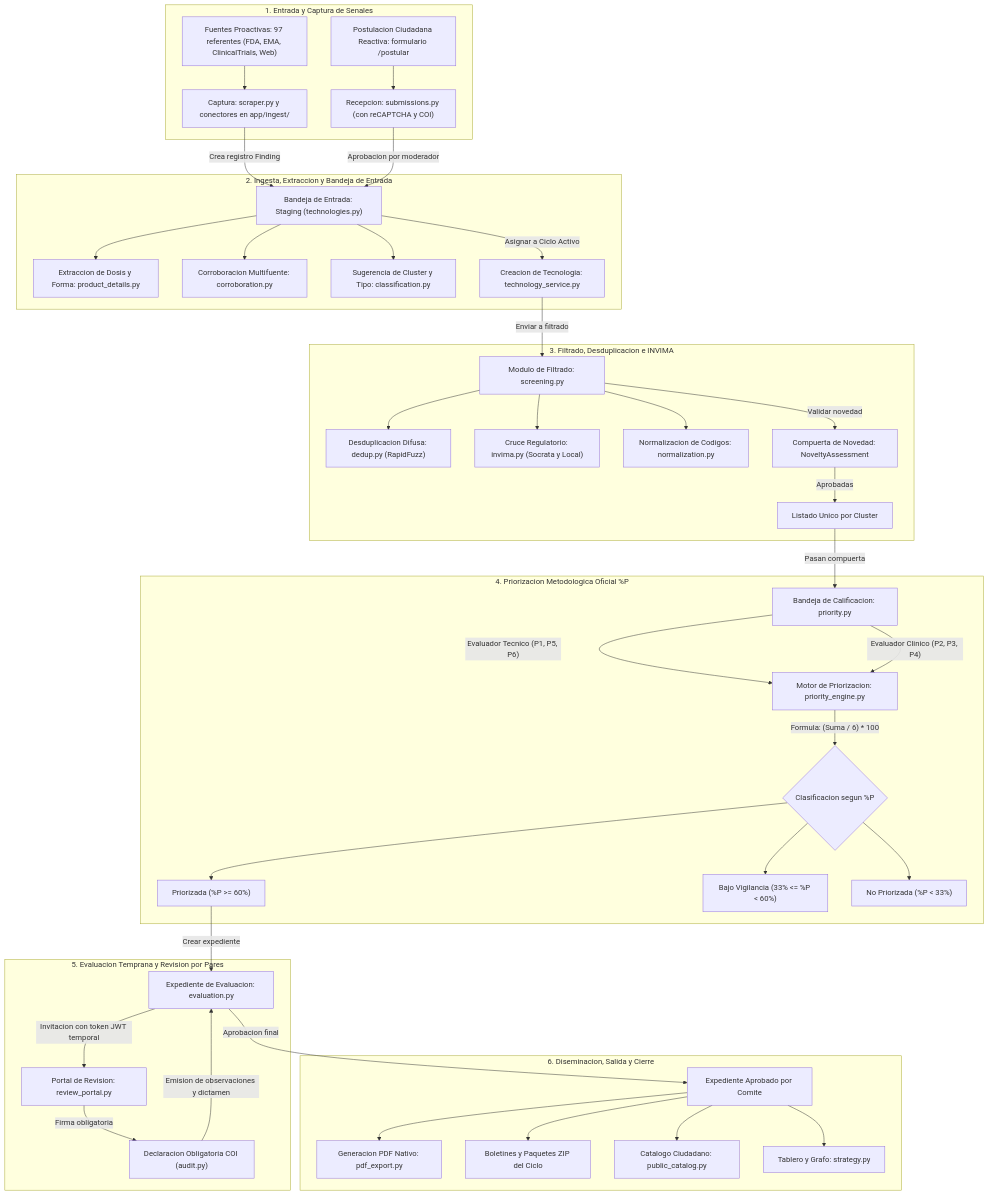
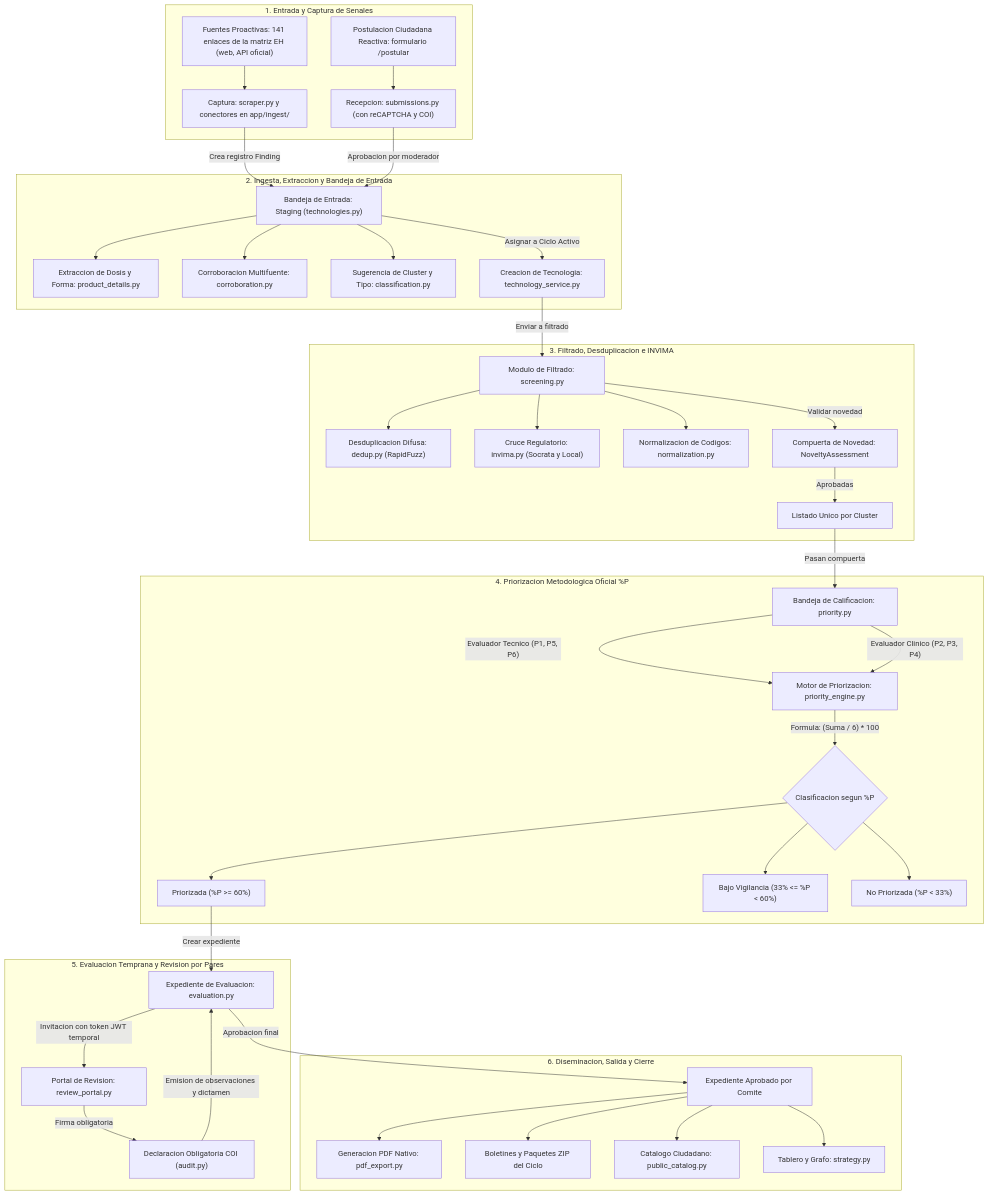
Before and after one commit to IETS-ColombiaDev/Sis_HS_IETS: the diagram in README.md, drawn with Mermaid. The commit also changed other lines of this file, not shown here.

```diff
--- a/README.md
+++ b/README.md
@@ -433,7 +452,7 @@
 flowchart TD
     %% 1. Fuentes de Entrada
     subgraph S1 ["1. Entrada y Captura de Senales"]
-        F1["Fuentes Proactivas: 97 referentes (FDA, EMA, ClinicalTrials, Web)"]
+        F1["Fuentes Proactivas: 141 enlaces de la matriz EH (web, API oficial)"]
         F2["Postulacion Ciudadana Reactiva: formulario /postular"]
         SC["Captura: scraper.py y conectores en app/ingest/"]
         SUB["Recepcion: submissions.py (con reCAPTCHA y COI)"]
```
